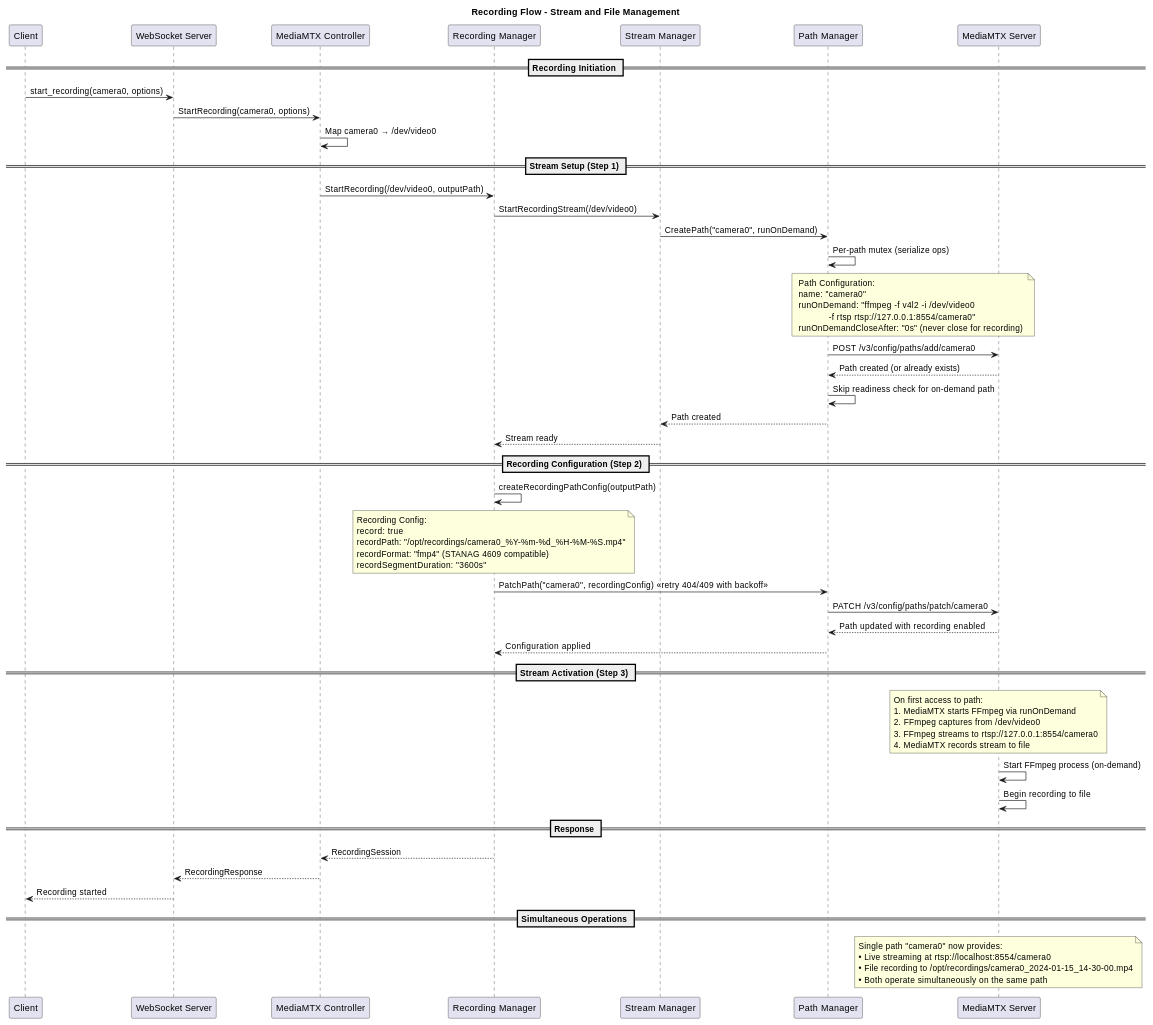
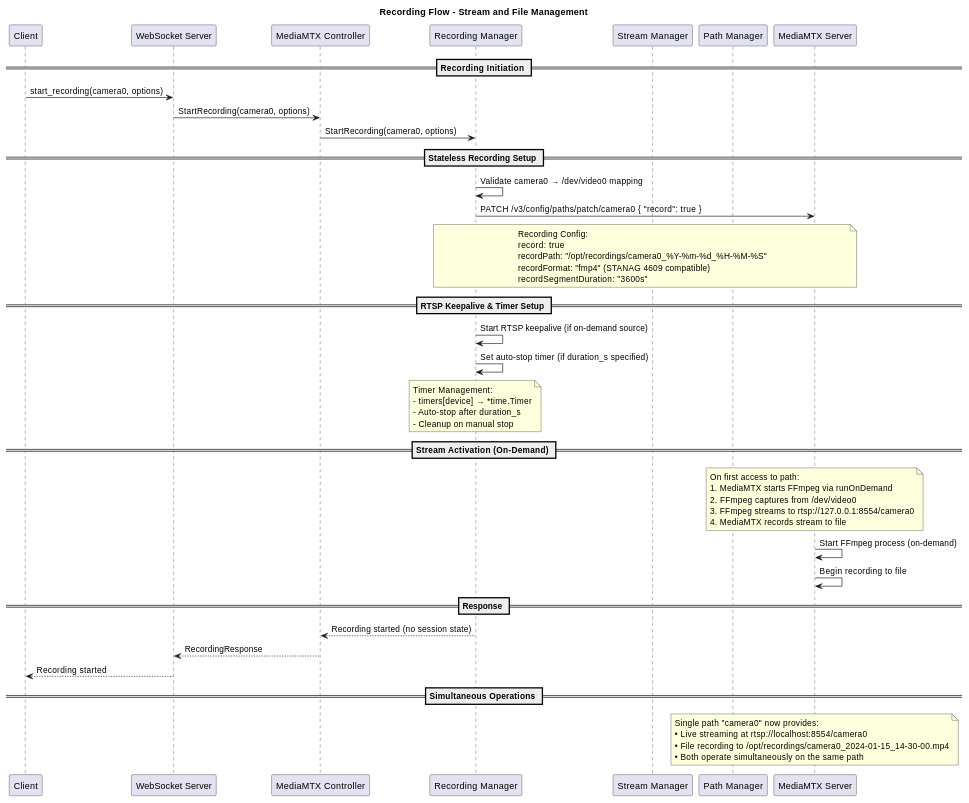
Diagram 14 of 26 in mediamtx-camera-service-go/docs/architecture/go-architecture-guide.md (CarlosSprekelsen/CameraRecorder), drawn with PlantUML before and after one commit. The commit also changed other lines of this file, not shown here.

First line of the commit message:
docs: Align architecture with stateless recording vision

````diff
--- a/mediamtx-camera-service-go/docs/architecture/go-architecture-guide.md
+++ b/mediamtx-camera-service-go/docs/architecture/go-architecture-guide.md
@@ -657,80 +658,67 @@
 ```plantuml
 @startuml RecordingFlow
 title Recording Flow - Stream and File Management
 
 participant "Client" as C
 participant "WebSocket Server" as WS
 participant "MediaMTX Controller" as MC
 participant "Recording Manager" as RM
 participant "Stream Manager" as SM
 participant "Path Manager" as PM
 participant "MediaMTX Server" as MS
 
 == Recording Initiation ==
 C -> WS : start_recording(camera0, options)
 WS -> MC : StartRecording(camera0, options)
-MC -> MC : Map camera0 → /dev/video0
+MC -> RM : StartRecording(camera0, options)
 
-== Stream Setup (Step 1) ==
-MC -> RM : StartRecording(/dev/video0, outputPath)
-RM -> SM : StartRecordingStream(/dev/video0)
-SM -> PM : CreatePath("camera0", runOnDemand)
-PM -> PM : Per-path mutex (serialize ops)
+== Stateless Recording Setup ==
+RM -> RM : Validate camera0 → /dev/video0 mapping
+RM -> MS : PATCH /v3/config/paths/patch/camera0 { "record": true }
 
-note over PM, MS
-  Path Configuration:
-  name: "camera0"
-  runOnDemand: "ffmpeg -f v4l2 -i /dev/video0 
-                -f rtsp rtsp://127.0.0.1:8554/camera0"
-  runOnDemandCloseAfter: "0s" (never close for recording)
-end note
-
-PM -> MS : POST /v3/config/paths/add/camera0
-MS --> PM : Path created (or already exists)
-PM -> PM : Skip readiness check for on-demand path
-PM --> SM : Path created
-SM --> RM : Stream ready
-
-== Recording Configuration (Step 2) ==
-RM -> RM : createRecordingPathConfig(outputPath)
-
-note over RM
+note over RM, MS
   Recording Config:
   record: true
-  recordPath: "/opt/recordings/camera0_%Y-%m-%d_%H-%M-%S.mp4"
+  recordPath: "/opt/recordings/camera0_%Y-%m-%d_%H-%M-%S"
   recordFormat: "fmp4" (STANAG 4609 compatible)
   recordSegmentDuration: "3600s"
 end note
 
-RM -> PM : PatchPath("camera0", recordingConfig)  << retry 404/409 with backoff >>
-PM -> MS : PATCH /v3/config/paths/patch/camera0
-MS --> PM : Path updated with recording enabled
-PM --> RM : Configuration applied
+== RTSP Keepalive & Timer Setup ==
+RM -> RM : Start RTSP keepalive (if on-demand source)
+RM -> RM : Set auto-stop timer (if duration_s specified)
 
-== Stream Activation (Step 3) ==
+note over RM
+  Timer Management:
+  - timers[device] → *time.Timer
+  - Auto-stop after duration_s
+  - Cleanup on manual stop
+end note
+
+== Stream Activation (On-Demand) ==
 note over MS
   On first access to path:
   1. MediaMTX starts FFmpeg via runOnDemand
   2. FFmpeg captures from /dev/video0
   3. FFmpeg streams to rtsp://127.0.0.1:8554/camera0
   4. MediaMTX records stream to file
 end note
 
 MS -> MS : Start FFmpeg process (on-demand)
 MS -> MS : Begin recording to file
 
 == Response ==
-RM --> MC : RecordingSession
+RM --> MC : Recording started (no session state)
 MC --> WS : RecordingResponse
 WS --> C : Recording started
 
 == Simultaneous Operations ==
 note over MS
   Single path "camera0" now provides:
   • Live streaming at rtsp://localhost:8554/camera0
   • File recording to /opt/recordings/camera0_2024-01-15_14-30-00.mp4
   • Both operate simultaneously on the same path
 end note
 
 @enduml
 ```
````
